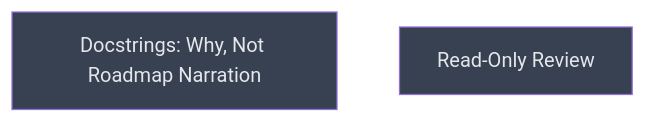
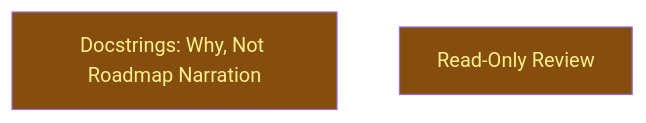
One commit to CrackingShells/colgrep-mcp changed the diagram in __roadmap__/consistency/integrate/README.md. Above: the diagram before and after it, drawn with Mermaid. The commit also changed other lines of this file and 1 other file, not shown here.

Commit message:
docs(roadmap): open the integrate level

````diff
--- a/__roadmap__/consistency/integrate/README.md
+++ b/__roadmap__/consistency/integrate/README.md
@@ -23,10 +23,10 @@
 ```mermaid
 graph TD
-    docstrings[Docstrings: Why, Not Roadmap Narration]:::planned
-    review[Read-Only Review]:::planned
+    docstrings[Docstrings: Why, Not Roadmap Narration]:::inprogress
+    review[Read-Only Review]:::inprogress
     classDef done       fill:#166534,color:#bbf7d0
     classDef inprogress fill:#854d0e,color:#fef08a
     classDef planned    fill:#374151,color:#e5e7eb
     classDef amendment  fill:#1e3a5f,color:#bfdbfe
     classDef blocked    fill:#7f1d1d,color:#fecaca
 ```
````
